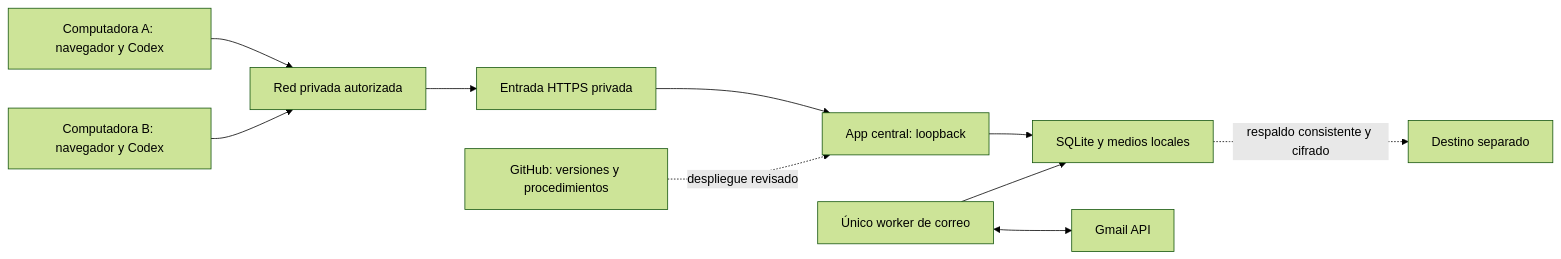
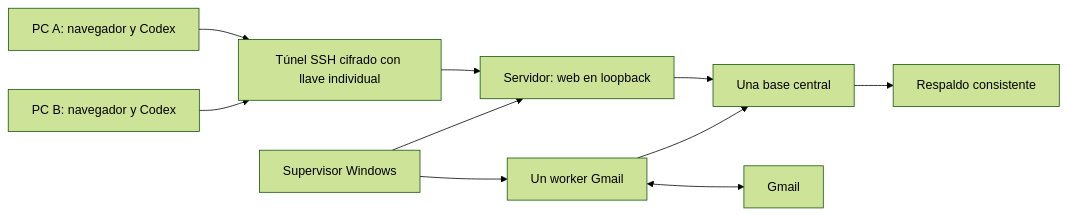
One commit to erickinorganico/taller-milenio-operations-analytics changed the diagram in infra/README.md. Above: the diagram before and after it, drawn with Mermaid (forest theme). The commit also changed other lines of this file and 146 other files, not shown here.

````diff
--- a/infra/README.md
+++ b/infra/README.md
@@ -9,12 +13,12 @@
 ```mermaid
 flowchart LR
-    A[Computadora A: navegador y Codex] --> V[Red privada autorizada]
-    B[Computadora B: navegador y Codex] --> V
-    V --> P[Entrada HTTPS privada]
-    P --> W[App central: loopback]
-    W --> D[SQLite y medios locales]
-    Q[Único worker de correo] --> D
-    Q <--> G[Gmail API]
-    R[GitHub: versiones y procedimientos] -. despliegue revisado .-> W
-    D -. respaldo consistente y cifrado .-> K[Destino separado]
+  A[PC A: navegador y Codex] --> T[Túnel SSH cifrado con llave individual]
+  B[PC B: navegador y Codex] --> T
+  T --> W[Servidor: web en loopback]
+  W --> D[Una base central]
+  Q[Un worker Gmail] --> D
+  Q <--> G[Gmail]
+  S[Supervisor Windows] --> W
+  S --> Q
+  D --> R[Respaldo consistente]
 ```
````
